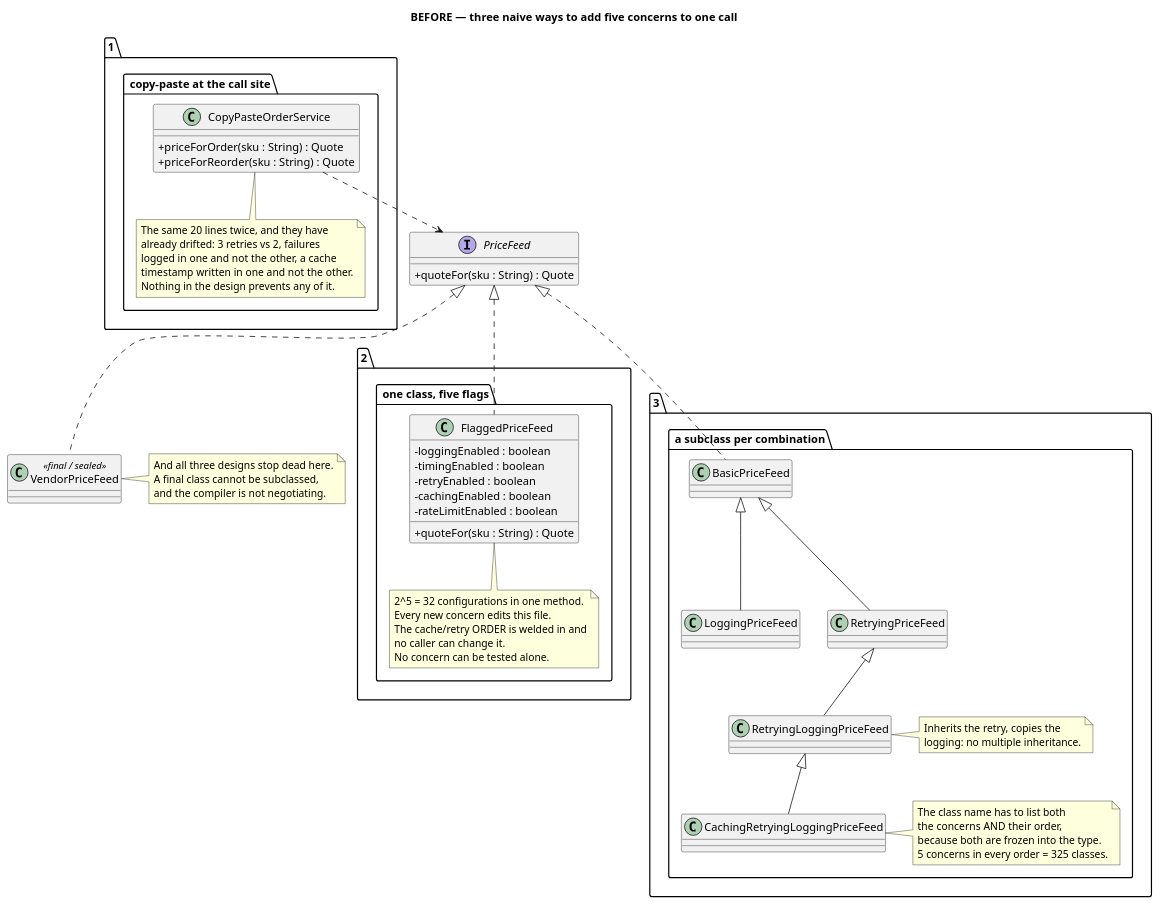
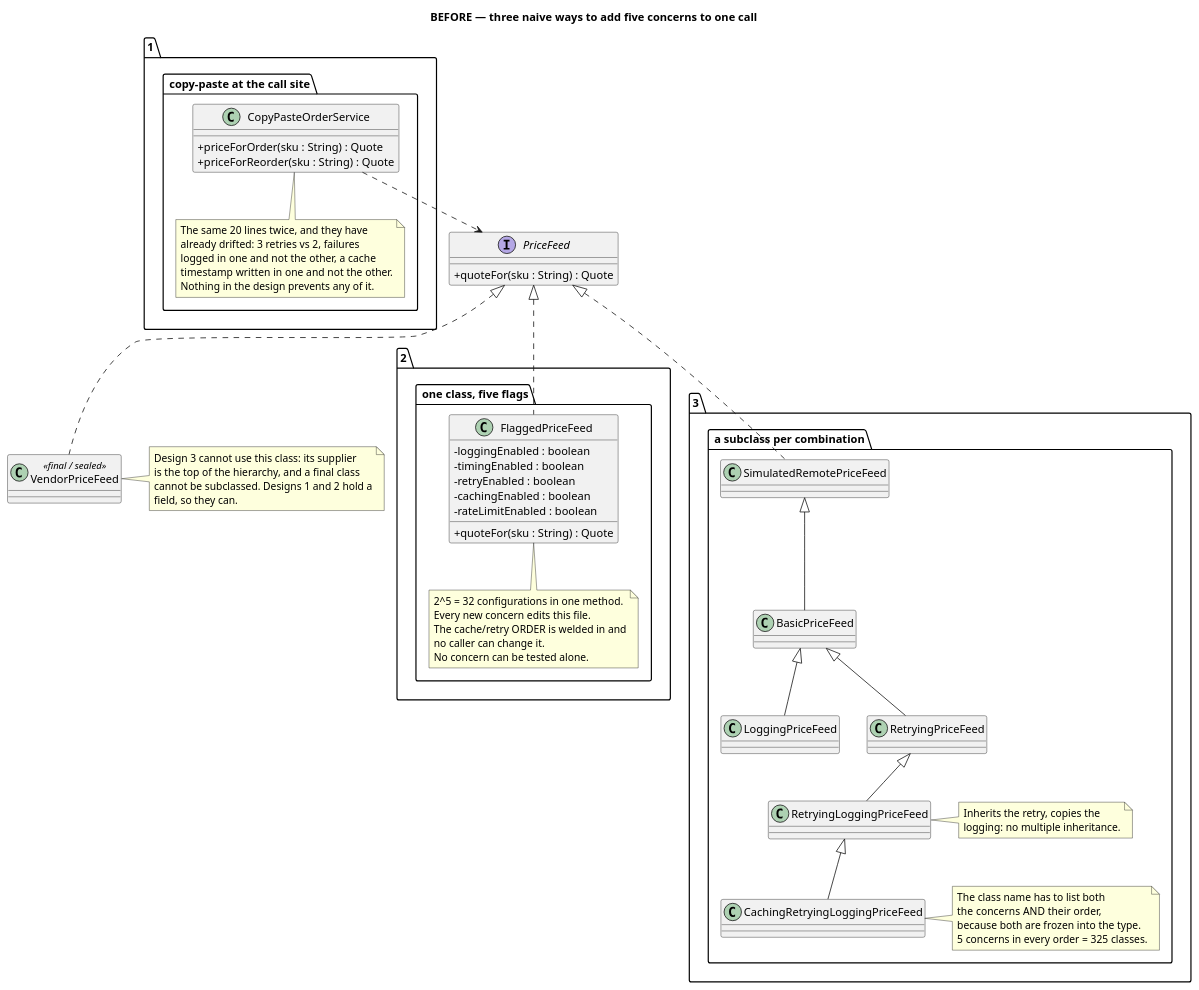
The diagram in src/main/java/dev/kaldiroglu/dp/structural/decorator/middleware/problem/uml/decorator-middleware-problem.puml (kaldiroglu/DesignPatternsWithJava), drawn with PlantUML before and after one commit. The commit also changed 13 other files, not shown here.

First line of the commit message:
Decorator middleware: the subclass chain extends the supplier, so a final class really is out of reach

```diff
--- a/src/main/java/dev/kaldiroglu/dp/structural/decorator/middleware/problem/uml/decorator-middleware-problem.puml
+++ b/src/main/java/dev/kaldiroglu/dp/structural/decorator/middleware/problem/uml/decorator-middleware-problem.puml
@@ -1,77 +1,80 @@
 @startuml Decorator-Middleware-Problem
 skinparam classAttributeIconSize 0
 title BEFORE — three naive ways to add five concerns to one call
 
 interface PriceFeed {
   + quoteFor(sku : String) : Quote
 }
 
 package "1. copy-paste at the call site" {
   class CopyPasteOrderService {
     + priceForOrder(sku : String) : Quote
     + priceForReorder(sku : String) : Quote
   }
   note bottom of CopyPasteOrderService
     The same 20 lines twice, and they have
     already drifted: 3 retries vs 2, failures
     logged in one and not the other, a cache
     timestamp written in one and not the other.
     Nothing in the design prevents any of it.
   end note
 }
 
 package "2. one class, five flags" {
   class FlaggedPriceFeed {
     - loggingEnabled : boolean
     - timingEnabled : boolean
     - retryEnabled : boolean
     - cachingEnabled : boolean
     - rateLimitEnabled : boolean
     + quoteFor(sku : String) : Quote
   }
   note bottom of FlaggedPriceFeed
     2^5 = 32 configurations in one method.
     Every new concern edits this file.
     The cache/retry ORDER is welded in and
     no caller can change it.
     No concern can be tested alone.
   end note
 }
 
 package "3. a subclass per combination" {
+  class SimulatedRemotePriceFeed
   class BasicPriceFeed
   class LoggingPriceFeed
   class RetryingPriceFeed
   class RetryingLoggingPriceFeed
   class CachingRetryingLoggingPriceFeed
 
+  SimulatedRemotePriceFeed <|-- BasicPriceFeed
   BasicPriceFeed <|-- LoggingPriceFeed
   BasicPriceFeed <|-- RetryingPriceFeed
   RetryingPriceFeed <|-- RetryingLoggingPriceFeed
   RetryingLoggingPriceFeed <|-- CachingRetryingLoggingPriceFeed
 
   note right of RetryingLoggingPriceFeed
     Inherits the retry, copies the
     logging: no multiple inheritance.
   end note
   note right of CachingRetryingLoggingPriceFeed
     The class name has to list both
     the concerns AND their order,
     because both are frozen into the type.
     5 concerns in every order = 325 classes.
   end note
 }
 
 PriceFeed <|.. FlaggedPriceFeed
-PriceFeed <|.. BasicPriceFeed
+PriceFeed <|.. SimulatedRemotePriceFeed
 CopyPasteOrderService ..> PriceFeed
 
 class VendorPriceFeed <<final / sealed>>
 PriceFeed <|.. VendorPriceFeed
 note right of VendorPriceFeed
-  And all three designs stop dead here.
-  A final class cannot be subclassed,
-  and the compiler is not negotiating.
+  Design 3 cannot use this class: its supplier
+  is the top of the hierarchy, and a final class
+  cannot be subclassed. Designs 1 and 2 hold a
+  field, so they can.
 end note
 
 @enduml
```
